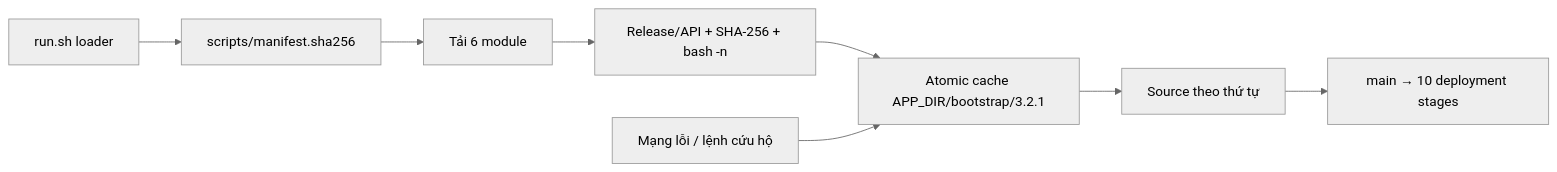
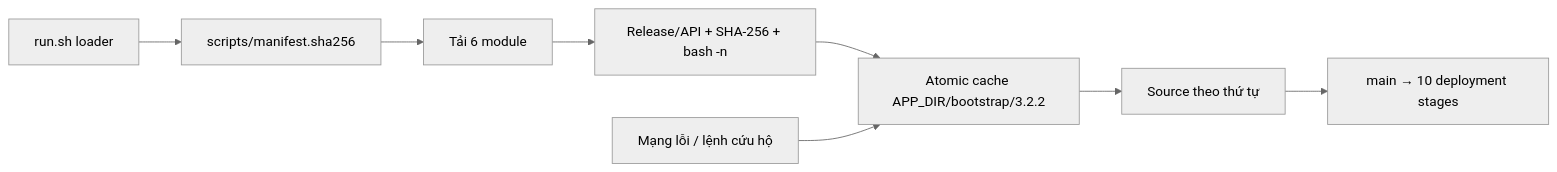
Before and after one commit to kuronoFS/KiQuai: the second of 2 diagrams in TestHash/README.md, drawn with Mermaid (neutral theme). The commit also changed other lines of this file and 8 other files, not shown here.

````diff
--- a/TestHash/README.md
+++ b/TestHash/README.md
@@ -36,10 +36,10 @@
 ```mermaid
 flowchart LR
     Run["run.sh loader"] --> Manifest["scripts/manifest.sha256"]
     Manifest --> Download["Tải 6 module"]
     Download --> Verify["Release/API + SHA-256 + bash -n"]
-    Verify --> Cache["Atomic cache APP_DIR/bootstrap/3.2.1"]
+    Verify --> Cache["Atomic cache APP_DIR/bootstrap/3.2.2"]
     Offline["Mạng lỗi / lệnh cứu hộ"] --> Cache
     Cache --> Source["Source theo thứ tự"]
     Source --> Deploy["main → 10 deployment stages"]
 ```
````
